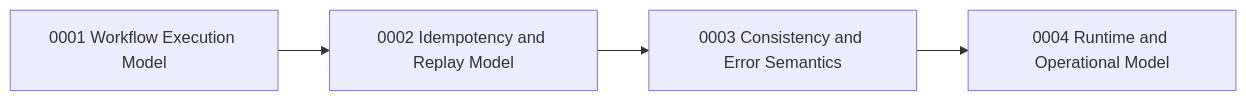
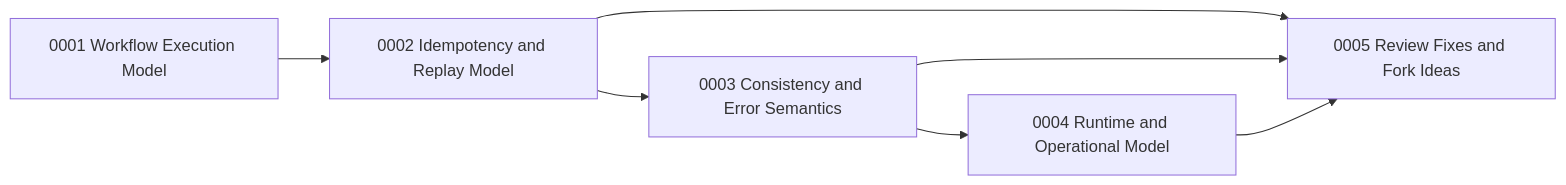
The diagram in adr/README.md (lhns/atomicflow), drawn with Mermaid before and after one commit. The commit also changed other lines of this file and 3 other files, not shown here.

First line of the commit message:
docs: document review fixes and adopted fork ideas; worker-driven example

````diff
--- a/adr/README.md
+++ b/adr/README.md
@@ -25,6 +27,9 @@
 ```mermaid
 flowchart LR
 	A[0001 Workflow Execution Model] --> B[0002 Idempotency and Replay Model]
 	B --> C[0003 Consistency and Error Semantics]
 	C --> D[0004 Runtime and Operational Model]
+	B --> E[0005 Review Fixes and Fork Ideas]
+	C --> E
+	D --> E
 ```
````
